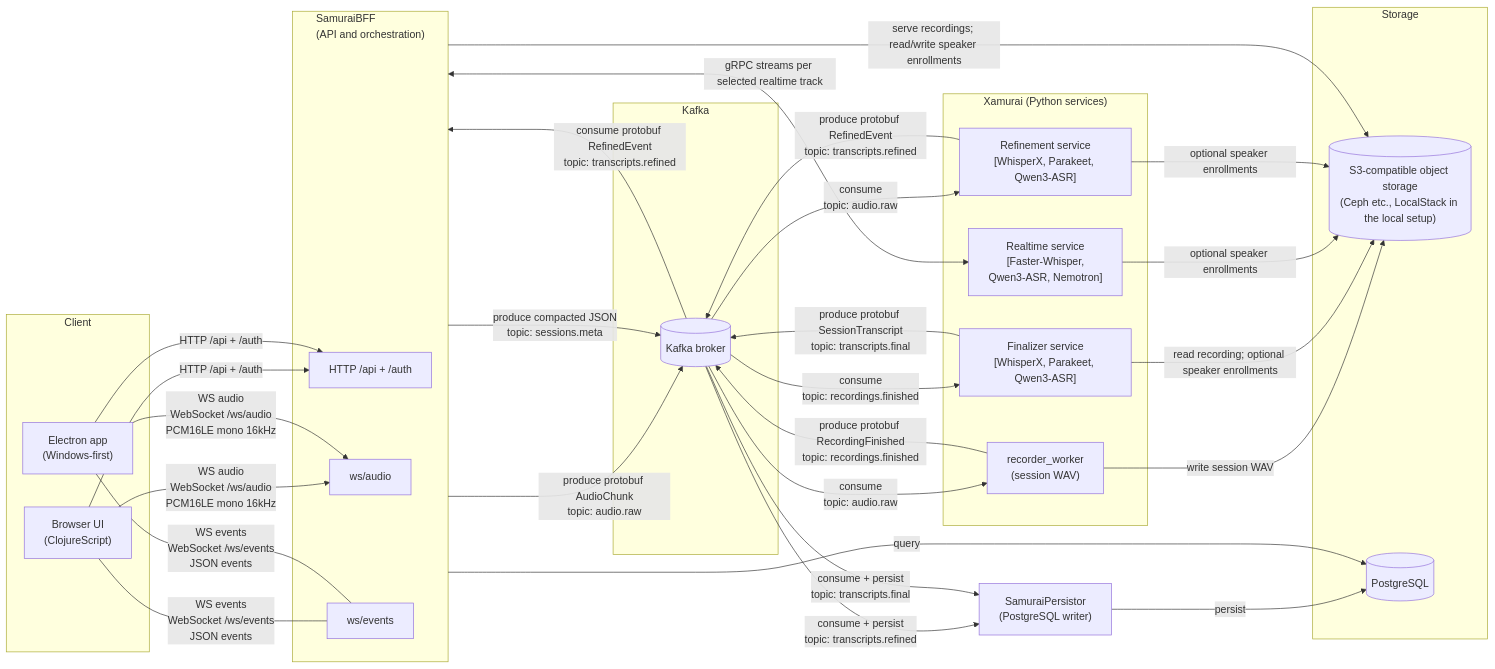
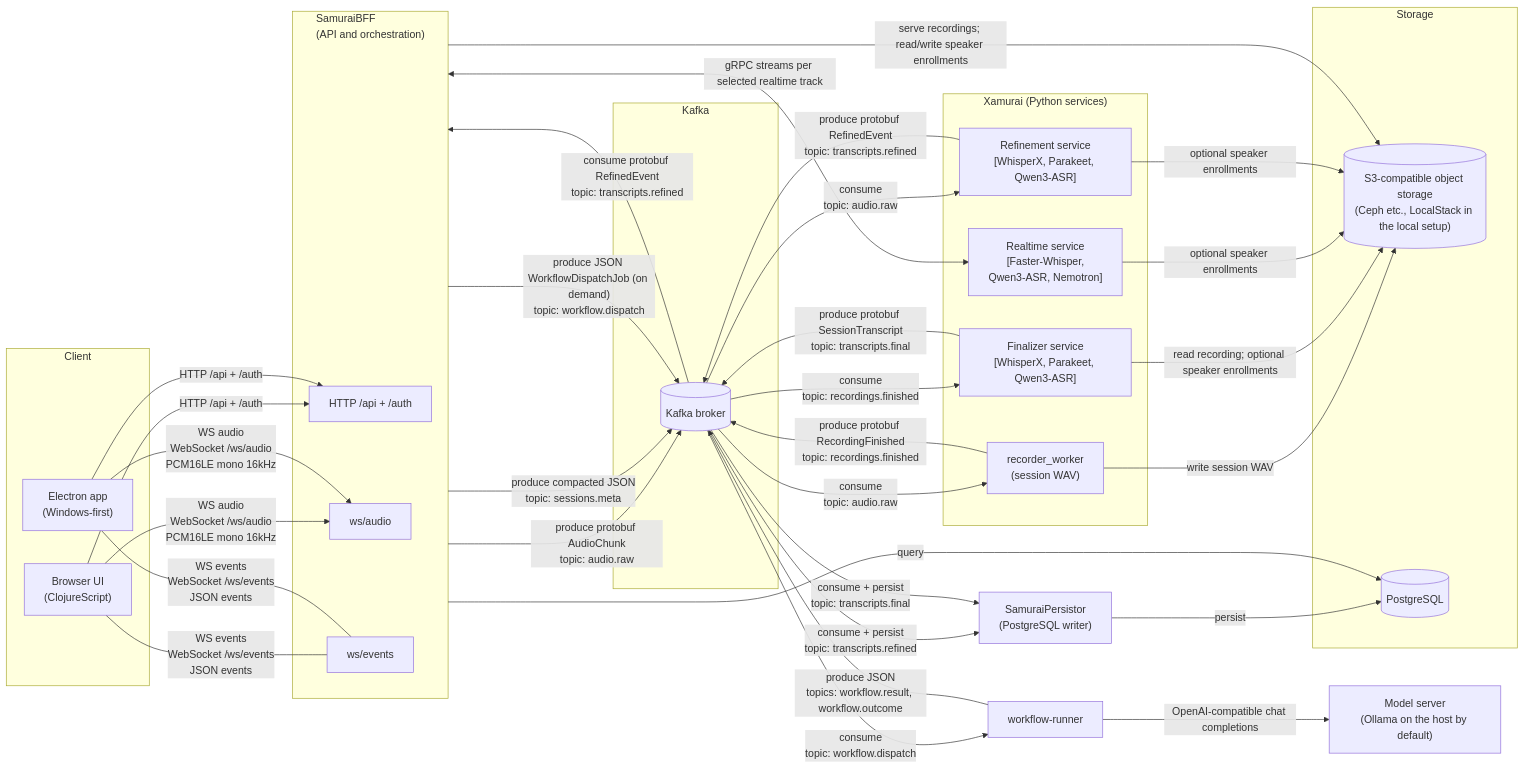
The diagram in README.md (nanosamurai/nanosamurai), drawn with Mermaid before and after one commit. The commit also changed other lines of this file and 7 other files, not shown here.

Commit message:
Document on-demand workflows in the default stack

````diff
--- a/README.md
+++ b/README.md
@@ -62,63 +61,68 @@
 ```mermaid
 flowchart LR
     subgraph Client
         Browser["Browser UI<br/>(ClojureScript)"]
         Electron["Electron app<br/>(Windows-first)"]
     end
 
     subgraph SamuraiBFF["SamuraiBFF<br/>(API and orchestration)"]
         HTTP[HTTP /api + /auth]
         WSAudio[ws/audio]
         WSEvents[ws/events]
     end
 
     subgraph Xamurai["Xamurai (Python services)"]
         RealtimeService["Realtime service<br/>[Faster-Whisper,<br/>Qwen3-ASR, Nemotron]"]
         RefinementService["Refinement service<br/>[WhisperX, Parakeet, Qwen3-ASR]"]
         RecorderWorker["recorder_worker<br/>(session WAV)"]
         FinalizerService["Finalizer service<br/>[WhisperX, Parakeet, Qwen3-ASR]"]
     end
 
     Browser -->|HTTP /api + /auth| HTTP
     Browser -->|"WS audio<br/>WebSocket /ws/audio<br/>PCM16LE mono 16kHz"| WSAudio
     Browser ---|"WS events<br/>WebSocket /ws/events<br/>JSON events"| WSEvents
 
     Electron -->|HTTP /api + /auth| HTTP
     Electron -->|"WS audio<br/>WebSocket /ws/audio<br/>PCM16LE mono 16kHz"| WSAudio
     Electron ---|"WS events<br/>WebSocket /ws/events<br/>JSON events"| WSEvents
 
     SamuraiBFF <-->|"gRPC streams per selected realtime track"| RealtimeService
 
     subgraph Kafka["Kafka"]
         KafkaBroker[(Kafka broker)]
     end
 
     subgraph Storage["Storage"]
         ObjectStore[("S3-compatible object storage<br/>(Ceph etc., LocalStack in the local setup)")]
         Postgres[(PostgreSQL)]
     end
 
     SamuraiBFF -->|"produce protobuf AudioChunk<br/>topic: audio.raw"| KafkaBroker
     SamuraiBFF -->|"produce compacted JSON<br/>topic: sessions.meta"| KafkaBroker
 
     KafkaBroker -->|"consume protobuf RefinedEvent<br/>topic: transcripts.refined"| SamuraiBFF
     KafkaBroker -->|"consume<br/>topic: audio.raw"| RefinementService
     RefinementService -->|"produce protobuf RefinedEvent<br/>topic: transcripts.refined"| KafkaBroker
 
     KafkaBroker -->|"consume<br/>topic: audio.raw"| RecorderWorker
     RecorderWorker -->|"produce protobuf RecordingFinished<br/>topic: recordings.finished"| KafkaBroker
 
     KafkaBroker -->|"consume<br/>topic: recordings.finished"| FinalizerService
     FinalizerService -->|"produce protobuf SessionTranscript<br/>topic: transcripts.final"| KafkaBroker
 
+    SamuraiBFF -->|"produce JSON WorkflowDispatchJob (on demand)<br/>topic: workflow.dispatch"| KafkaBroker
+    KafkaBroker -->|"consume<br/>topic: workflow.dispatch"| WorkflowRunner["workflow-runner"]
+    WorkflowRunner -->|"OpenAI-compatible chat completions"| LLM["Model server<br/>(Ollama on the host by default)"]
+    WorkflowRunner -->|"produce JSON<br/>topics: workflow.result, workflow.outcome"| KafkaBroker
+
     RecorderWorker -->|"write session WAV"| ObjectStore
     FinalizerService -->|"read recording; optional speaker enrollments"| ObjectStore
     SamuraiBFF -->|"serve recordings; read/write speaker enrollments"| ObjectStore
     RealtimeService -->|"optional speaker enrollments"| ObjectStore
     RefinementService -->|"optional speaker enrollments"| ObjectStore
 
     KafkaBroker -->|"consume + persist<br/>topic: transcripts.refined"| Persistor["SamuraiPersistor<br/>(PostgreSQL writer)"]
     KafkaBroker -->|"consume + persist<br/>topic: transcripts.final"| Persistor
     Persistor -->|persist| Postgres
     SamuraiBFF -->|query| Postgres
 ```
````
